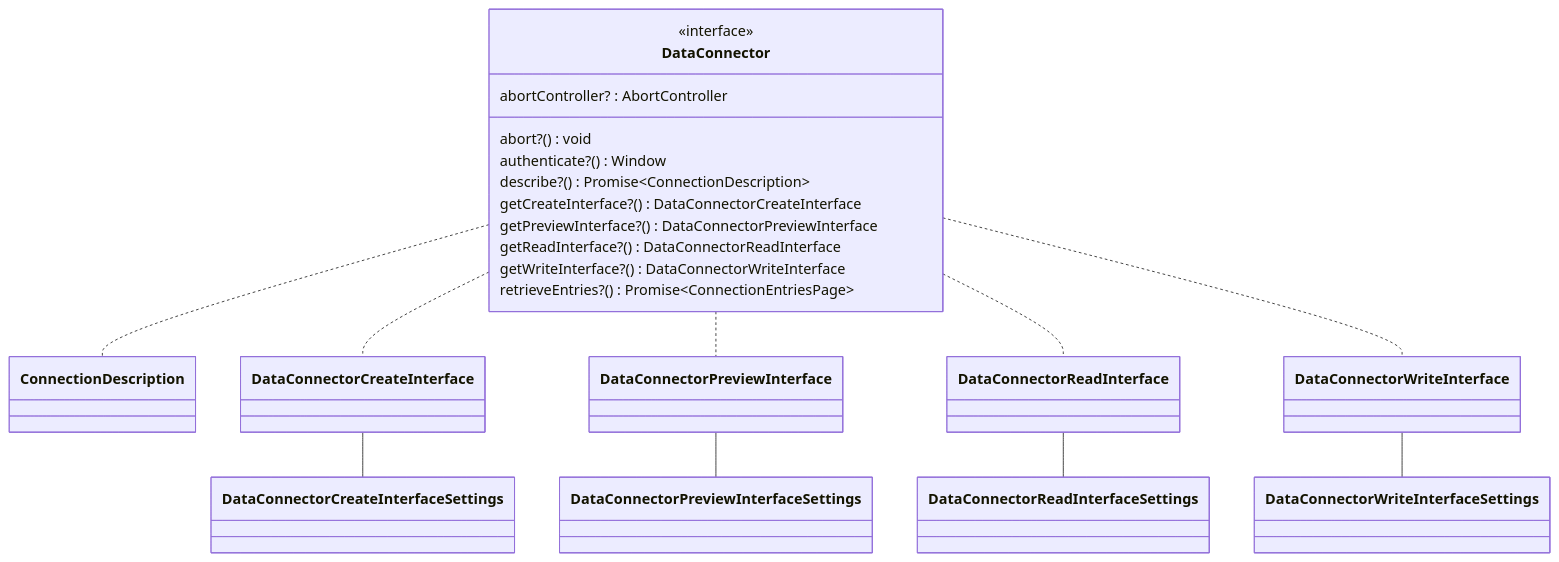
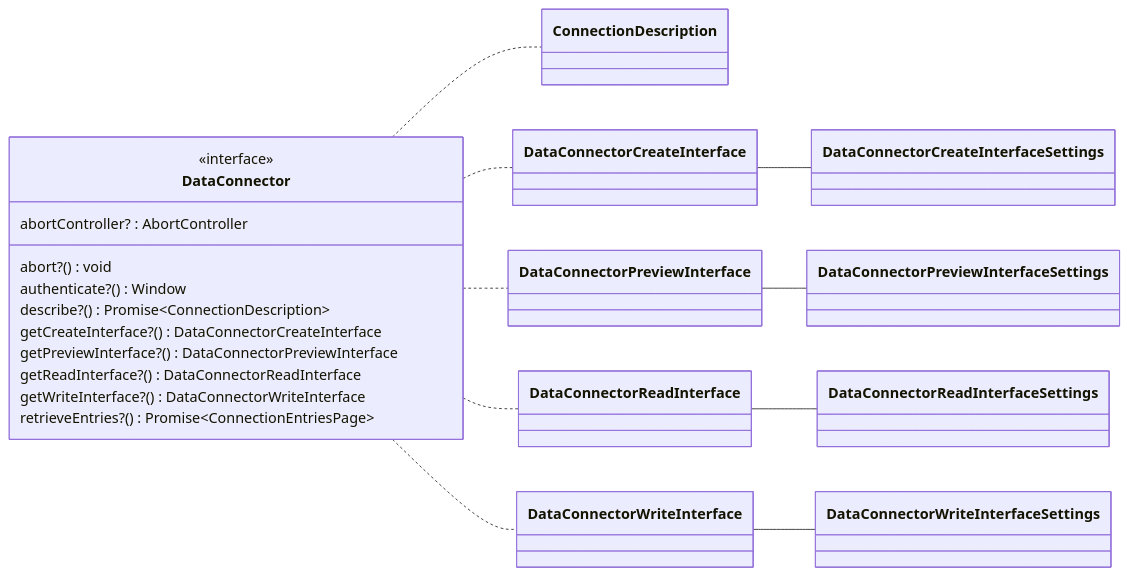
One commit to data-positioning/datapos-shared changed the sixth of 15 diagrams in README.md. Above: the diagram before and after it, drawn with Mermaid. The commit also changed 1 other file, not shown here.

````diff
--- a/README.md
+++ b/README.md
@@ -208,27 +208,27 @@
 ```mermaid
 classDiagram
-    direction TD
+    direction LR
 
     class DataConnector {
         <<interface>>
         abortController? :  AbortController
         abort?() void
         authenticate?() Window
         describe?() Promise~ConnectionDescription~
         getCreateInterface?() DataConnectorCreateInterface
         getPreviewInterface?() DataConnectorPreviewInterface
         getReadInterface?() DataConnectorReadInterface
         getWriteInterface?() DataConnectorWriteInterface
         retrieveEntries?() Promise~ConnectionEntriesPage~
     }
 
     DataConnector .. ConnectionDescription
     DataConnector .. DataConnectorCreateInterface
     DataConnectorCreateInterface -- DataConnectorCreateInterfaceSettings
     DataConnector .. DataConnectorPreviewInterface
     DataConnectorPreviewInterface -- DataConnectorPreviewInterfaceSettings
     DataConnector .. DataConnectorReadInterface
     DataConnectorReadInterface -- DataConnectorReadInterfaceSettings
     DataConnector .. DataConnectorWriteInterface
     DataConnectorWriteInterface -- DataConnectorWriteInterfaceSettings
 ```
````
